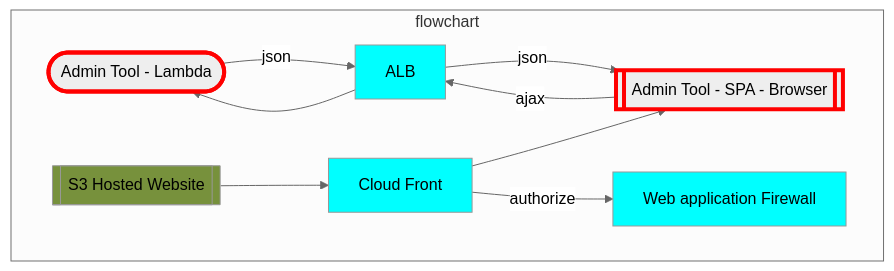
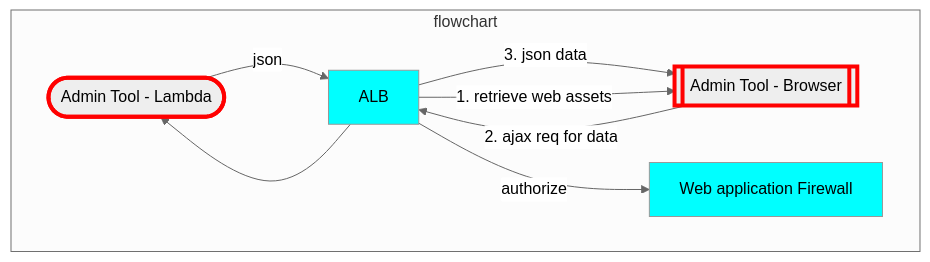
Before and after one commit to CDLUC3/mrt-doc: the diagram in diagrams/admin-spa.mmd, drawn with Mermaid. The commit also changed 5 other files, not shown here.

Commit message:
admin tool refactor

```diff
--- a/diagrams/admin-spa.mmd
+++ b/diagrams/admin-spa.mmd
@@ -1,25 +1,20 @@
 %%{init: {'theme': 'neutral', 'securityLevel': 'loose'}}%%
 graph TD
   ADMIN([Admin Tool - Lambda])
   click ADMIN href "https://github.com/CDLUC3/mrt-admin-lambda" "source code"
-  ADMINWEB[[Admin Tool - SPA - Browser]]
+  ADMINWEB[[Admin Tool - Browser]]
   click ADMINWEB href "https://github.com/CDLUC3/mrt-admin-lambda" "source code"
   WAF[Web application Firewall]
-  CF[Cloud Front]
-  S3WEB[[S3 Hosted Website]]
 
   subgraph flowchart
     ALB --> ADMIN
     ADMIN --> |json| ALB
-    ADMINWEB --> |ajax| ALB
-    ALB --> |json| ADMINWEB
-    CF --> ADMINWEB
-    CF --> |authorize| WAF
-    S3WEB --> CF
+    ADMINWEB --> |2. ajax req for data| ALB
+    ALB --> |3. json data| ADMINWEB
+    ALB --> |1. retrieve web assets|ADMINWEB
+    ALB --> |authorize| WAF
   end
   style ADMIN stroke:red,stroke-width:4px
   style ADMINWEB stroke:red,stroke-width:4px
   style ALB fill:cyan
   style WAF fill:cyan
-  style CF fill:cyan
-  style S3WEB fill:#77913C
```
